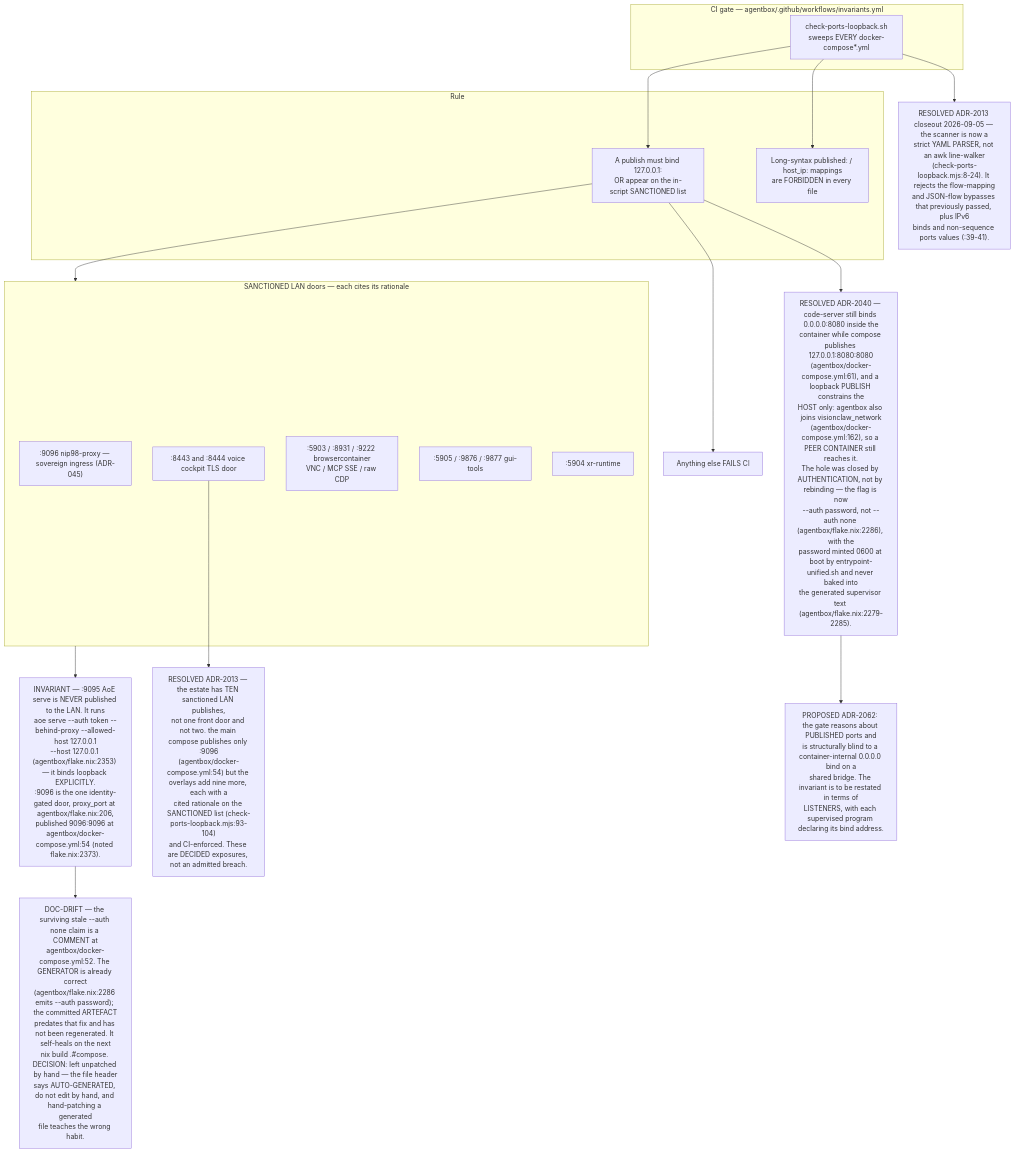
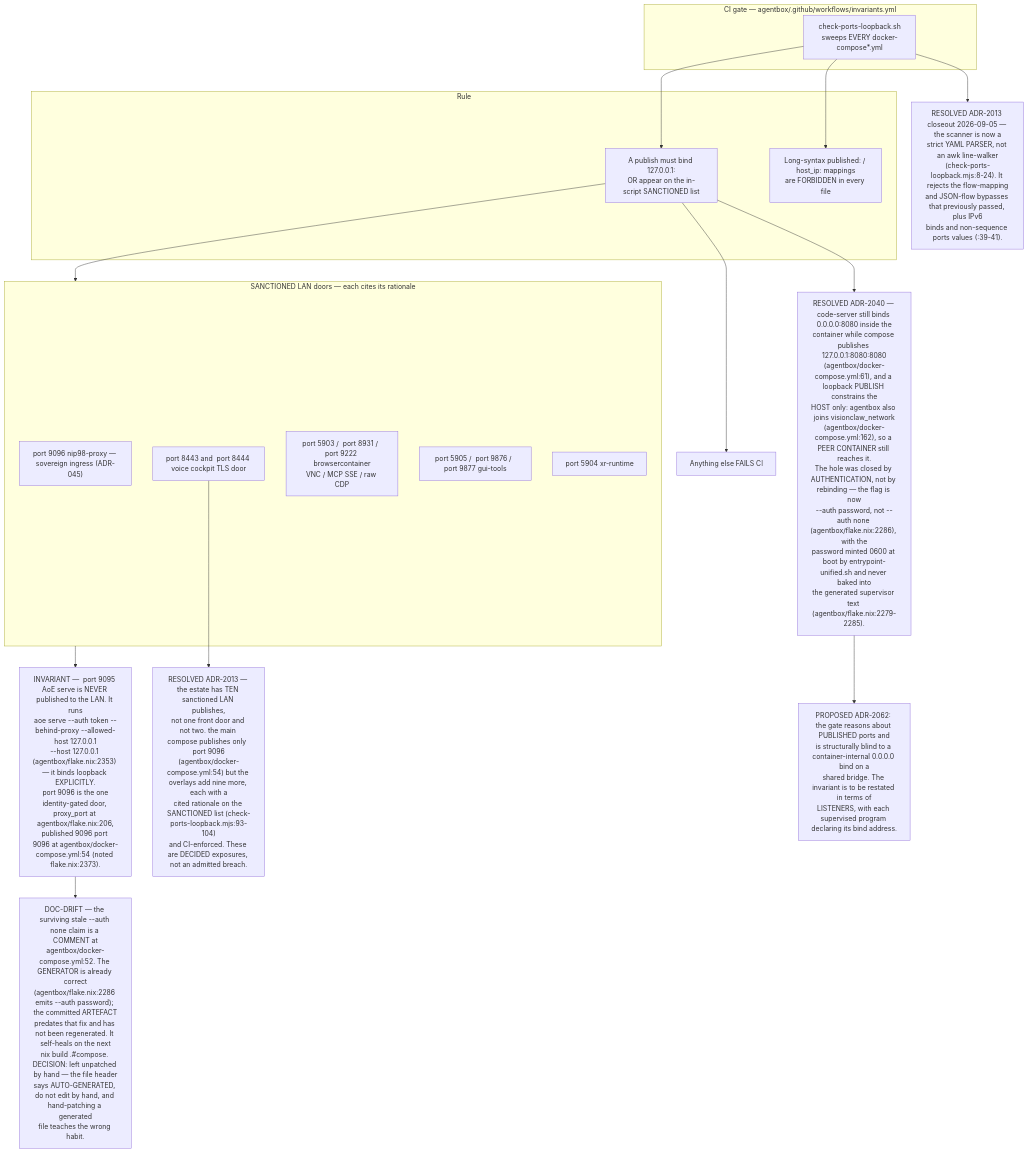
One commit to DreamLab-AI/VisionFlow changed the eighth of 10 diagrams in docs/diagrams/estate/10-deployment-and-security-profiles.md. Above: the diagram before and after it, drawn with Mermaid. The commit also changed other lines of this file and 51 other files, not shown here.

First line of the commit message:
docs(diagrams): agentbox AB-01..13 re-attested anchor by anchor (980 anchors, 22 defects); checkpoint against an out-of-mesh writer

````diff
--- a/docs/diagrams/estate/10-deployment-and-security-profiles.md
+++ b/docs/diagrams/estate/10-deployment-and-security-profiles.md
@@ -312,35 +289,35 @@
 ```mermaid
 flowchart TB
     subgraph ci["CI gate — agentbox/.github/workflows/invariants.yml"]
         SC["check-ports-loopback.sh<br/>sweeps EVERY docker-compose*.yml"]
     end
     subgraph rule["Rule"]
         R1["A publish must bind 127.0.0.1:<br/>OR appear on the in-script SANCTIONED list"]
         R2["Long-syntax published: / host_ip: mappings<br/>are FORBIDDEN in every file"]
     end
     subgraph sanctioned["SANCTIONED LAN doors — each cites its rationale"]
-        P1[":9096 nip98-proxy — sovereign ingress (ADR-045)"]
-        P2[":8443 and :8444 voice cockpit TLS door"]
-        P3[":5903 / :8931 / :9222 browsercontainer<br/>VNC / MCP SSE / raw CDP"]
-        P4[":5905 / :9876 / :9877 gui-tools"]
-        P5[":5904 xr-runtime"]
+        P1[" port 9096 nip98-proxy — sovereign ingress (ADR-045)"]
+        P2[" port 8443 and  port 8444 voice cockpit TLS door"]
+        P3[" port 5903 /  port 8931 /  port 9222 browsercontainer<br/>VNC / MCP SSE / raw CDP"]
+        P4[" port 5905 /  port 9876 /  port 9877 gui-tools"]
+        P5[" port 5904 xr-runtime"]
     end
     FAIL["Anything else FAILS CI"]
-    INV["INVARIANT — :9095 AoE serve is NEVER published to the LAN. It runs<br/>aoe serve --auth token --behind-proxy --allowed-host 127.0.0.1<br/>--host 127.0.0.1 (agentbox/flake.nix:2353) — it binds loopback EXPLICITLY.<br/>:9096 is the one identity-gated door, proxy_port at agentbox/flake.nix:206,<br/>published 9096:9096 at agentbox/docker-compose.yml:54 (noted flake.nix:2373)."]
-    D1["RESOLVED ADR-2013 — the estate has TEN sanctioned LAN publishes,<br/>not one front door and not two. the main compose publishes only :9096<br/>(agentbox/docker-compose.yml:54) but the overlays add nine more, each with a<br/>cited rationale on the SANCTIONED list (check-ports-loopback.mjs:93-104)<br/>and CI-enforced. These are DECIDED exposures, not an admitted breach."]
+    INV["INVARIANT —  port 9095 AoE serve is NEVER published to the LAN. It runs<br/>aoe serve --auth token --behind-proxy --allowed-host 127.0.0.1<br/>--host 127.0.0.1 (agentbox/flake.nix:2353) — it binds loopback EXPLICITLY.<br/> port 9096 is the one identity-gated door, proxy_port at agentbox/flake.nix:206,<br/>published 9096 port 9096 at agentbox/docker-compose.yml:54 (noted flake.nix:2373)."]
+    D1["RESOLVED ADR-2013 — the estate has TEN sanctioned LAN publishes,<br/>not one front door and not two. the main compose publishes only  port 9096<br/>(agentbox/docker-compose.yml:54) but the overlays add nine more, each with a<br/>cited rationale on the SANCTIONED list (check-ports-loopback.mjs:93-104)<br/>and CI-enforced. These are DECIDED exposures, not an admitted breach."]
     D2["RESOLVED ADR-2013 closeout 2026-09-05 — the scanner is now a<br/>strict YAML PARSER, not an awk line-walker<br/>(check-ports-loopback.mjs:8-24). It rejects the flow-mapping<br/>and JSON-flow bypasses that previously passed, plus IPv6<br/>binds and non-sequence ports values (:39-41)."]
     D3["RESOLVED ADR-2040 — code-server still binds 0.0.0.0:8080 inside the<br/>container while compose publishes 127.0.0.1:8080:8080<br/>(agentbox/docker-compose.yml:61), and a loopback PUBLISH constrains the<br/>HOST only: agentbox also joins visionclaw_network<br/>(agentbox/docker-compose.yml:162), so a PEER CONTAINER still reaches it.<br/>The hole was closed by AUTHENTICATION, not by rebinding — the flag is now<br/>--auth password, not --auth none (agentbox/flake.nix:2286), with the<br/>password minted 0600 at boot by entrypoint-unified.sh and never baked into<br/>the generated supervisor text (agentbox/flake.nix:2279-2285)."]
     D5["PROPOSED ADR-2062: the gate reasons about PUBLISHED ports and<br/>is structurally blind to a container-internal 0.0.0.0 bind on a<br/>shared bridge. The invariant is to be restated in terms of<br/>LISTENERS, with each supervised program declaring its bind address."]
     D4["DOC-DRIFT — the surviving stale --auth none claim is a COMMENT at<br/>agentbox/docker-compose.yml:52. The GENERATOR is already correct<br/>(agentbox/flake.nix:2286 emits --auth password); the committed ARTEFACT<br/>predates that fix and has not been regenerated. It self-heals on the next<br/>nix build .#compose. DECISION: left unpatched by hand — the file header<br/>says AUTO-GENERATED, do not edit by hand, and hand-patching a generated<br/>file teaches the wrong habit."]
 
     SC --> R1
     SC --> R2
     R1 --> sanctioned
     R1 --> FAIL
     sanctioned --> INV
     P2 --> D1
     SC --> D2
     R1 --> D3
     INV --> D4
     D3 --> D5
 ```
````
